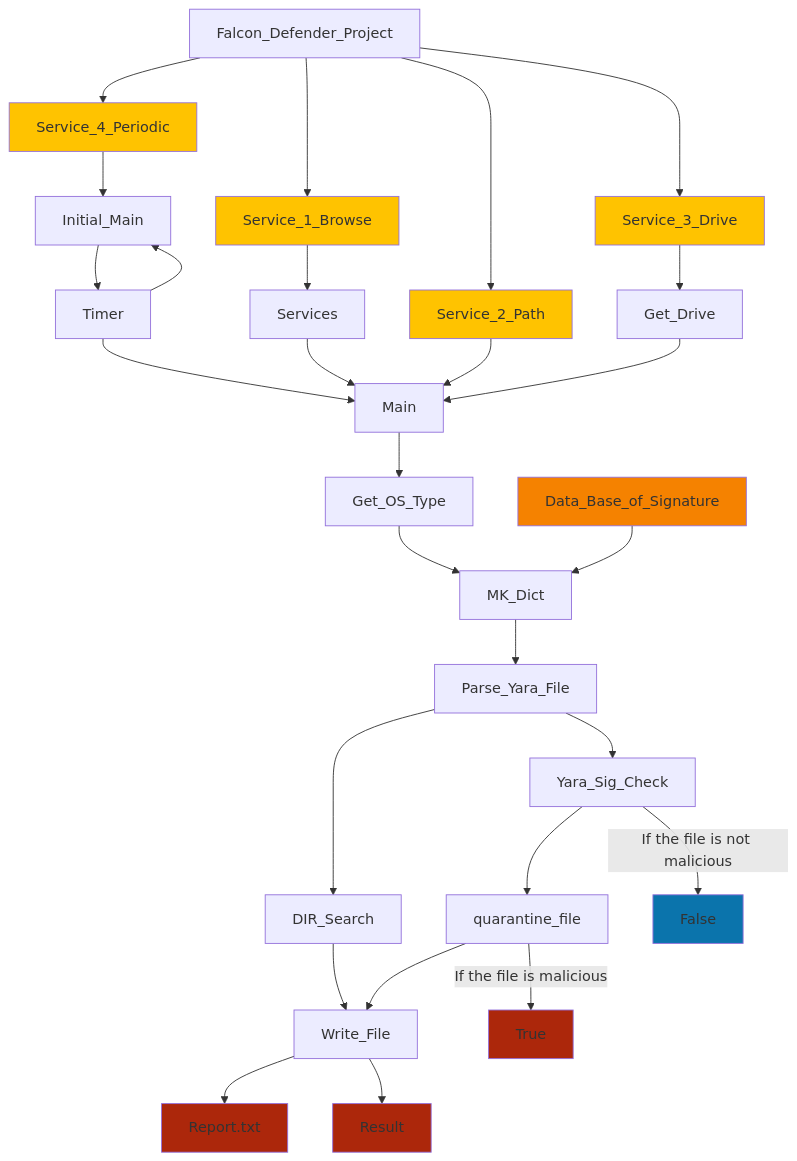
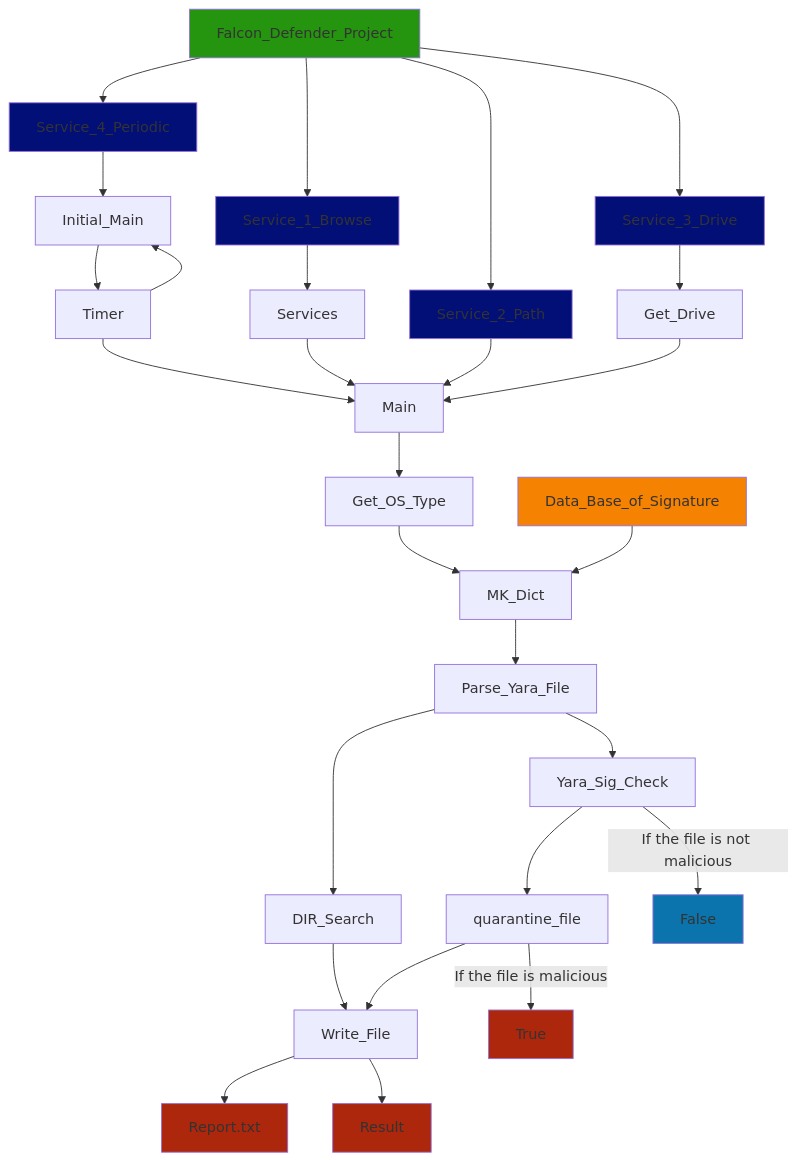
Before and after one commit to AyhamAsfoor/Falcon_Defender: the diagram in README.md, drawn with Mermaid.

````diff
--- a/README.md
+++ b/README.md
@@ -68,39 +68,40 @@
 ```mermaid
 graph TD;
    Falcon_Defender_Project-->Service_1_Browse;
    Service_1_Browse-->Services;
    Falcon_Defender_Project-->Service_2_Path;
    Falcon_Defender_Project-->Service_3_Drive;
    Service_3_Drive-->Get_Drive;
    Falcon_Defender_Project-->Service_4_Periodic;
    Service_4_Periodic-->Initial_Main;
    Initial_Main-->Timer;
    Timer-->Initial_Main;
    Timer-->Main;
    Services-->Main;
    Service_2_Path-->Main;
    Get_Drive-->Main;
    Main-->Get_OS_Type;
    Get_OS_Type-->MK_Dict;
    Data_Base_of_Signature-->MK_Dict;
    MK_Dict-->Parse_Yara_File;
    Parse_Yara_File-->DIR_Search;
    Parse_Yara_File-->Yara_Sig_Check;
    DIR_Search-->Write_File;
    Yara_Sig_Check-->quarantine_file;
    quarantine_file-->Write_File;
    Yara_Sig_Check-->|If the file is not malicious| False;
    quarantine_file-->|If the file is malicious| True;
    Write_File-->Report_txt[Report.txt];
    Write_File-->Result[Result];
 
-   style Service_1_Browse fill:#FFC300;
-   style Service_2_Path fill:#FFC300;
-   style Service_3_Drive fill:#FFC300;
-   style Service_4_Periodic fill:#FFC300;
+   style Falcon_Defender_Project fill:#25940f;
+   style Service_1_Browse fill:#010f76;
+   style Service_2_Path fill:#010f76;
+   style Service_3_Drive fill:#010f76;
+   style Service_4_Periodic fill:#010f76;
    style Data_Base_of_Signature fill:#f58200;
    style Report_txt fill:#ac270b;
    style Result fill:#ac270b;
    style True fill:#ac270b;
    style False fill:#0b74ac;
 ```
````
